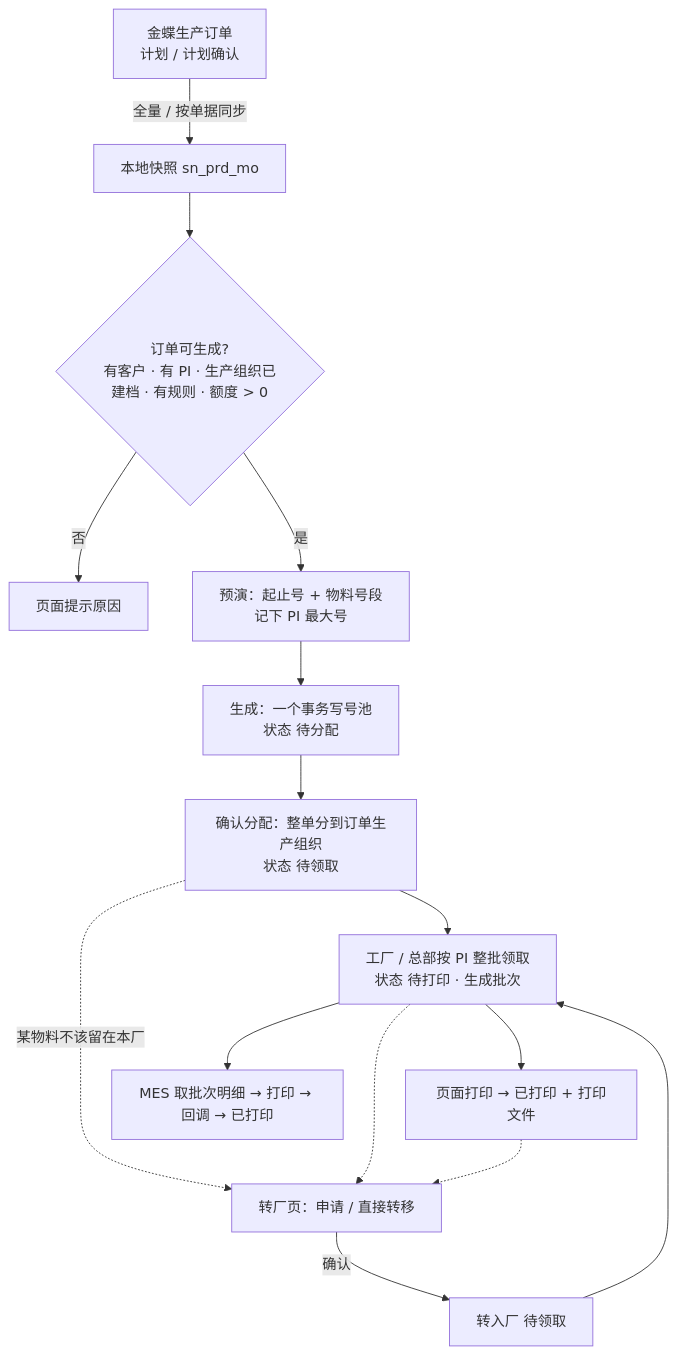
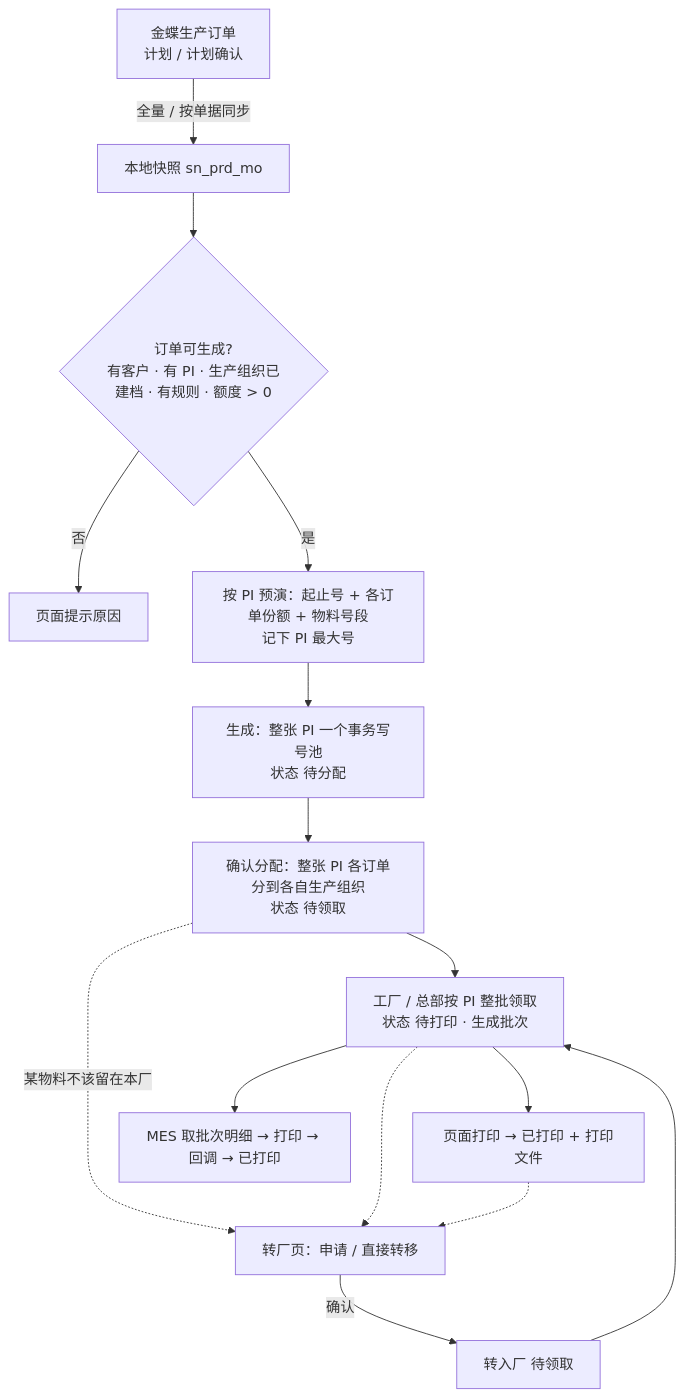
The third of 13 diagrams in docs/技术文档.md (Createsnow/sn-center), drawn with Mermaid before and after one commit. The commit also changed other lines of this file and 27 other files, not shown here.

First line of the commit message:
文档：逐份对照代码校对其余文档，重画过期的架构图

````diff
--- a/docs/技术文档.md
+++ b/docs/技术文档.md
@@ -116,16 +117,16 @@
 ```mermaid
 flowchart TD
     A[金蝶生产订单<br/>计划 / 计划确认] -->|全量 / 按单据同步| B[本地快照 sn_prd_mo]
     B --> C{订单可生成?<br/>有客户 · 有 PI · 生产组织已建档 · 有规则 · 额度 > 0}
     C -->|否| C1[页面提示原因]
-    C -->|是| D[预演：起止号 + 物料号段<br/>记下 PI 最大号]
-    D --> E[生成：一个事务写号池<br/>状态 待分配]
-    E --> F[确认分配：整单分到订单生产组织<br/>状态 待领取]
+    C -->|是| D[按 PI 预演：起止号 + 各订单份额 + 物料号段<br/>记下 PI 最大号]
+    D --> E[生成：整张 PI 一个事务写号池<br/>状态 待分配]
+    E --> F[确认分配：整张 PI 各订单分到各自生产组织<br/>状态 待领取]
     F --> G[工厂 / 总部按 PI 整批领取<br/>状态 待打印 · 生成批次]
     G --> H1[页面打印 → 已打印 + 打印文件]
     G --> H2[MES 取批次明细 → 打印 → 回调 → 已打印]
     F -.某物料不该留在本厂.-> T[转厂页：申请 / 直接转移]
     G -.-> T
     H1 -.-> T
     T -->|确认| F2[转入厂 待领取] --> G
 ```
````
